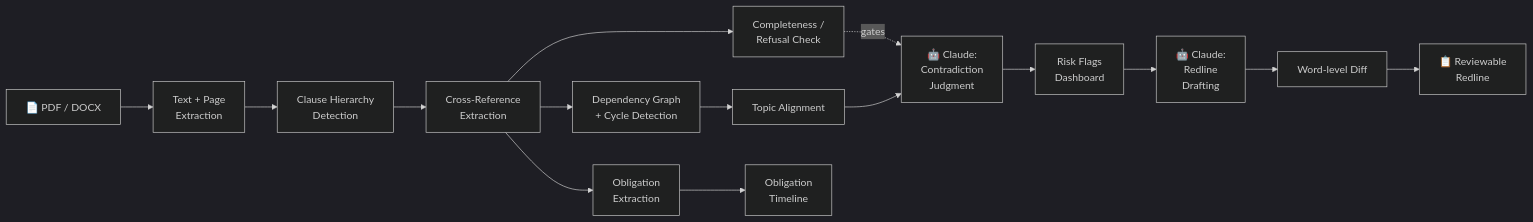
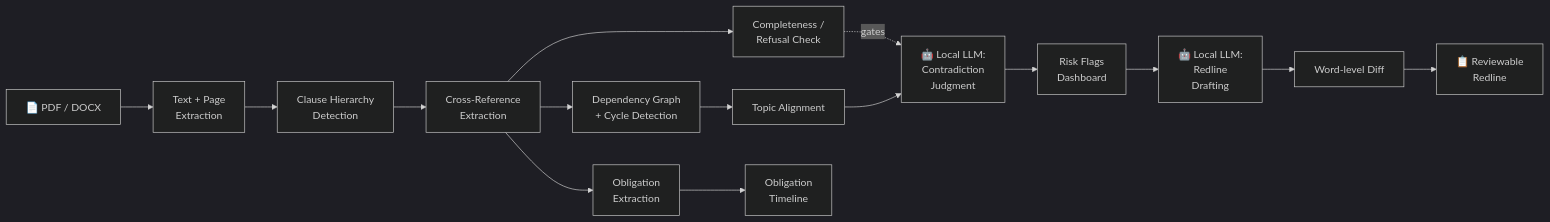
Before and after one commit to KL2300030695/LexTwin-AI: the third of 4 diagrams in README.md, drawn with Mermaid (dark theme). The commit also changed other lines of this file and 21 other files, not shown here.

First line of the commit message:
Replace Claude/Gemini with a fully local LLM (Qwen2.5-7B, no API key)

````diff
--- a/README.md
+++ b/README.md
@@ -1299,17 +1300,17 @@
 ```mermaid
 flowchart LR
     A["📄 PDF / DOCX"] --> B["Text + Page\nExtraction"]
     B --> C["Clause Hierarchy\nDetection"]
     C --> D["Cross-Reference\nExtraction"]
     D --> E["Dependency Graph\n+ Cycle Detection"]
     D --> F["Completeness /\nRefusal Check"]
     E --> G["Topic Alignment"]
     F -.->|"gates"| H
-    G --> H["🤖 Claude:\nContradiction\nJudgment"]
+    G --> H["🤖 Local LLM:\nContradiction\nJudgment"]
     H --> I["Risk Flags\nDashboard"]
-    I --> J["🤖 Claude:\nRedline\nDrafting"]
+    I --> J["🤖 Local LLM:\nRedline\nDrafting"]
     J --> K["Word-level Diff"]
     K --> L["📋 Reviewable\nRedline"]
     D --> M["Obligation\nExtraction"]
     M --> N["Obligation\nTimeline"]
 ```
````
